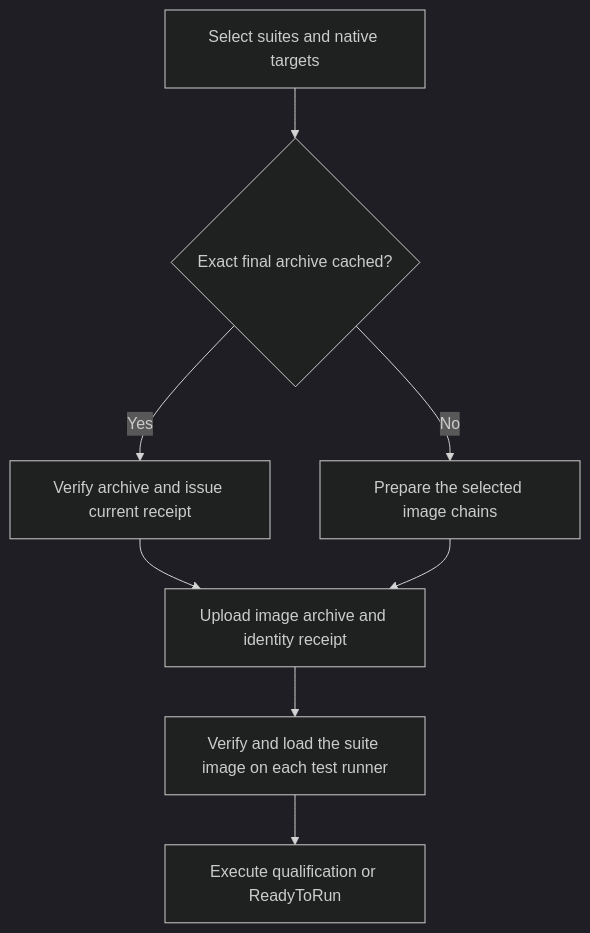
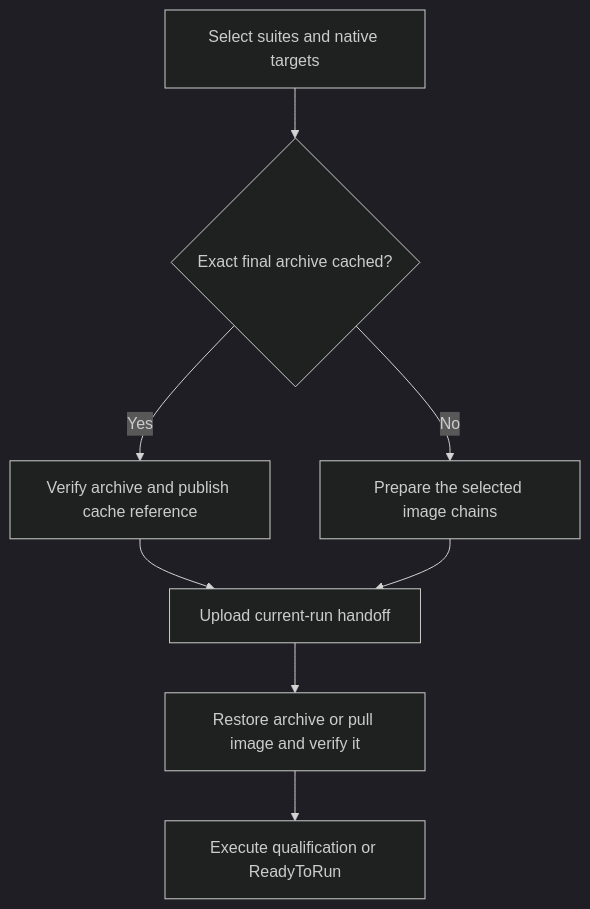
The diagram in docs/ci/linux-images.md (FrenchExDev2/QuietCli.PoSh), drawn with Mermaid (dark theme) before and after one commit. The commit also changed other lines of this file and 32 other files, not shown here.

````diff
--- a/docs/ci/linux-images.md
+++ b/docs/ci/linux-images.md
@@ -16,10 +16,10 @@
 ```mermaid
 flowchart TD
     PLAN[Select suites and native targets] --> CACHE{Exact final archive cached?}
-    CACHE -->|Yes| REUSE[Verify archive and issue current receipt]
+    CACHE -->|Yes| REUSE[Verify archive and publish cache reference]
     CACHE -->|No| PREPARE[Prepare the selected image chains]
-    REUSE --> BUNDLE[Upload image archive and identity receipt]
+    REUSE --> BUNDLE[Upload current-run handoff]
     PREPARE --> BUNDLE
-    BUNDLE --> VERIFY[Verify and load the suite image on each test runner]
+    BUNDLE --> VERIFY[Restore archive or pull image and verify it]
     VERIFY --> TEST[Execute qualification or ReadyToRun]
 ```
````
